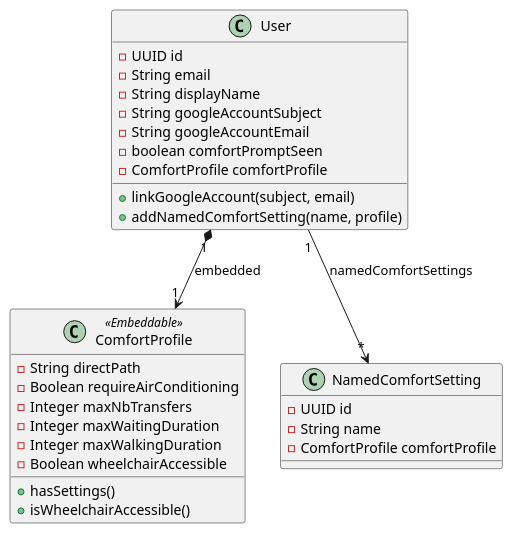
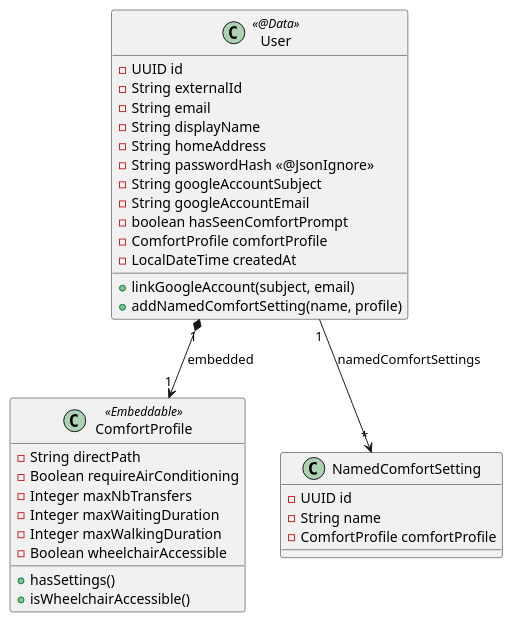
Before and after one commit to Aminmiri82/devops-project-MARLY: the third of 17 diagrams in docs/documentation.adoc, drawn with PlantUML. The commit also changed other lines of this file and 19 other files, not shown here.

```diff
--- a/docs/documentation.adoc
+++ b/docs/documentation.adoc
@@ -457,38 +548,42 @@
 [plantuml, class-diagram-user, svg]
 ----
 @startuml
 
-class User {
+class User <<@Data>> {
     -UUID id
+    -String externalId
     -String email
     -String displayName
+    -String homeAddress
+    -String passwordHash <<@JsonIgnore>>
     -String googleAccountSubject
     -String googleAccountEmail
-    -boolean comfortPromptSeen
+    -boolean hasSeenComfortPrompt
     -ComfortProfile comfortProfile
+    -LocalDateTime createdAt
     +linkGoogleAccount(subject, email)
     +addNamedComfortSetting(name, profile)
 }
 
 class ComfortProfile <<Embeddable>> {
     -String directPath
     -Boolean requireAirConditioning
     -Integer maxNbTransfers
     -Integer maxWaitingDuration
     -Integer maxWalkingDuration
     -Boolean wheelchairAccessible
     +hasSettings()
     +isWheelchairAccessible()
 }
 
 class NamedComfortSetting {
     -UUID id
     -String name
     -ComfortProfile comfortProfile
 }
 
 User "1" *--> "1" ComfortProfile : embedded
 User "1" --> "*" NamedComfortSetting : namedComfortSettings
 
 @enduml
 ----
```
